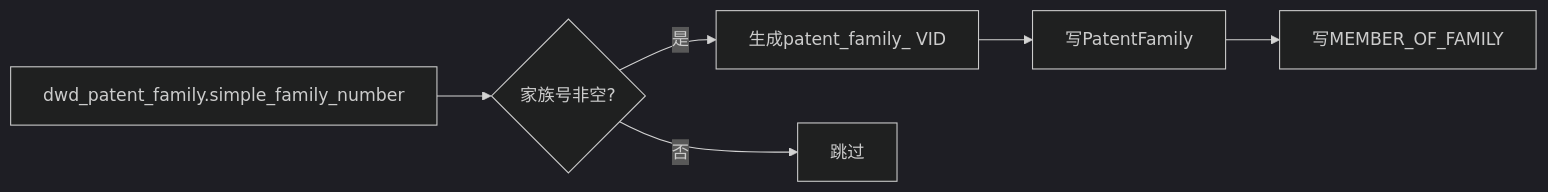
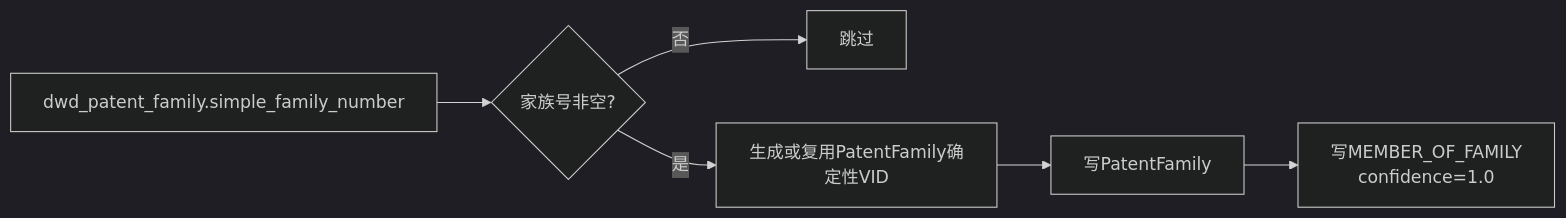
One commit to Marisolebxf/tech-kg-api changed the fourth of 5 diagrams in backend/schemas/specifications/patent_mapping.md. Above: the diagram before and after it, drawn with Mermaid (dark theme). The commit also changed other lines of this file and 21 other files, not shown here.

````diff
--- a/backend/schemas/specifications/patent_mapping.md
+++ b/backend/schemas/specifications/patent_mapping.md
@@ -36,8 +108,8 @@
 ```mermaid
 flowchart LR
     A[dwd_patent_family.simple_family_number] --> B{家族号非空?}
-    B -->|是| C[生成patent_family_ VID]
-    C --> D[写PatentFamily]
-    D --> E[写MEMBER_OF_FAMILY]
-    B -->|否| F[跳过]
+    B -->|否| C[跳过]
+    B -->|是| D[生成或复用PatentFamily确定性VID]
+    D --> E[写PatentFamily]
+    E --> F[写MEMBER_OF_FAMILY<br/>confidence=1.0]
 ```
````
